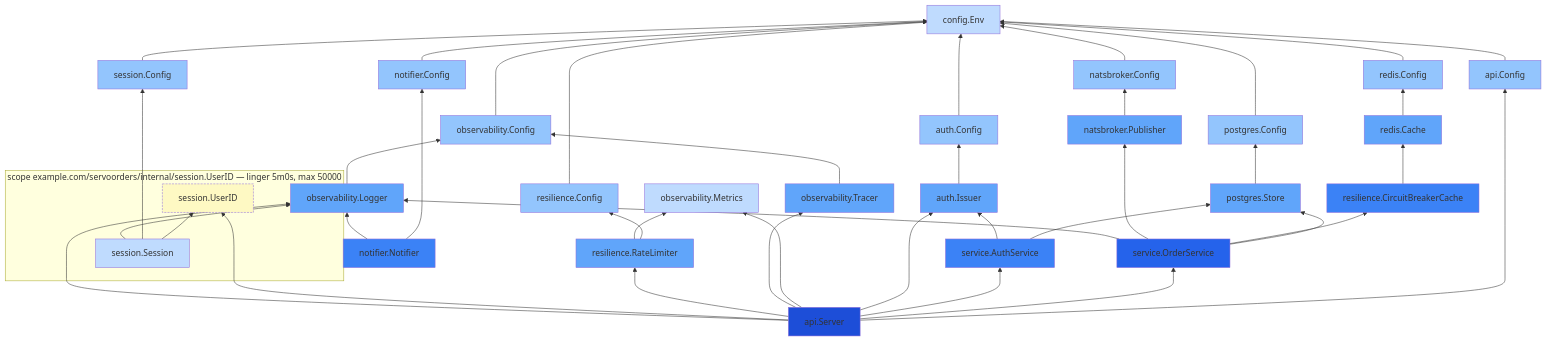
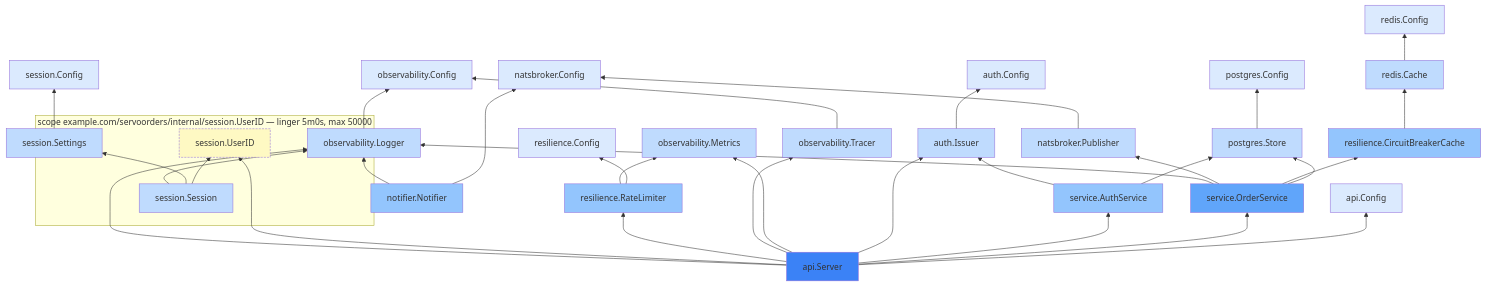
Before and after one commit to okian/servo: the diagram in docs/tutorial/13-wiring-with-servo.md, drawn with Mermaid. The commit also changed other lines of this file and 70 other files, not shown here.

````diff
--- a/docs/tutorial/13-wiring-with-servo.md
+++ b/docs/tutorial/13-wiring-with-servo.md
@@ -347,75 +328,65 @@
 ```mermaid
 graph BT
-  n0["config.Env"]:::level1
-  n1["session.Config"]:::level2
-  n2["observability.Config"]:::level2
-  n3["observability.Logger"]:::level3
-  n4["api.Config"]:::level2
-  n5["postgres.Config"]:::level2
-  n6["postgres.Store"]:::level3
-  n7["redis.Config"]:::level2
-  n8["redis.Cache"]:::level3
-  n9["resilience.CircuitBreakerCache"]:::level4
-  n10["natsbroker.Config"]:::level2
-  n11["natsbroker.Publisher"]:::level3
-  n12["service.OrderService"]:::level5
-  n13["auth.Config"]:::level2
-  n14["auth.Issuer"]:::level3
-  n15["service.AuthService"]:::level4
-  n16["observability.Metrics"]:::level1
-  n17["observability.Tracer"]:::level3
-  n18["resilience.Config"]:::level2
-  n19["resilience.RateLimiter"]:::level3
-  n20["api.Server"]:::level6
-  n21["notifier.Config"]:::level2
-  n22["notifier.Notifier"]:::level4
+  n0["auth.Config"]:::level0
+  n1["natsbroker.Config"]:::level0
+  n2["redis.Config"]:::level0
+  n3["observability.Config"]:::level0
+  n4["postgres.Config"]:::level0
+  n5["resilience.Config"]:::level0
+  n6["session.Config"]:::level0
+  n7["api.Config"]:::level0
+  n8["session.Settings"]:::level1
+  n9["observability.Logger"]:::level1
+  n10["notifier.Notifier"]:::level2
+  n11["postgres.Store"]:::level1
+  n12["redis.Cache"]:::level1
+  n13["resilience.CircuitBreakerCache"]:::level2
+  n14["natsbroker.Publisher"]:::level1
+  n15["service.OrderService"]:::level3
+  n16["auth.Issuer"]:::level1
+  n17["service.AuthService"]:::level2
+  n18["observability.Metrics"]:::level1
+  n19["observability.Tracer"]:::level1
+  n20["resilience.RateLimiter"]:::level2
+  n21["api.Server"]:::level4
   subgraph scope0["scope example.com/servoorders/internal/session.UserID — linger 5m0s, max 50000"]
     k0["session.UserID"]:::scopekey
-    n23["session.Session"]:::level1
+    n22["session.Session"]:::level1
   end
-  n1 --> n0
-  n2 --> n0
-  n3 --> n2
-  n4 --> n0
-  n5 --> n0
-  n6 --> n5
-  n7 --> n0
-  n8 --> n7
-  n9 --> n8
-  n10 --> n0
-  n11 --> n10
-  n12 --> n6
-  n12 --> n9
-  n12 --> n11
-  n12 --> n3
-  n13 --> n0
-  n14 --> n13
-  n15 --> n6
+  n8 --> n6
+  n9 --> n3
+  n10 --> n1
+  n10 --> n9
+  n11 --> n4
+  n12 --> n2
+  n13 --> n12
+  n14 --> n1
+  n15 --> n11
+  n15 --> n13
   n15 --> n14
-  n17 --> n2
-  n18 --> n0
-  n19 --> n18
-  n19 --> n16
-  n20 --> n4
-  n20 --> n12
-  n20 --> n15
-  n20 --> n14
-  n20 --> n16
-  n20 --> n17
-  n20 --> n19
-  n20 --> k0
-  n20 --> n3
-  n21 --> n0
-  n22 --> n21
-  n22 --> n3
-  n23 --> k0
-  n23 --> n1
-  n23 --> n3
+  n15 --> n9
+  n16 --> n0
+  n17 --> n11
+  n17 --> n16
+  n19 --> n3
+  n20 --> n5
+  n20 --> n18
+  n21 --> n7
+  n21 --> n15
+  n21 --> n17
+  n21 --> n16
+  n21 --> n18
+  n21 --> n19
+  n21 --> n20
+  n21 --> k0
+  n21 --> n9
+  n22 --> k0
+  n22 --> n8
+  n22 --> n9
+  classDef level0 fill:#dbeafe;
   classDef level1 fill:#bfdbfe;
   classDef level2 fill:#93c5fd;
   classDef level3 fill:#60a5fa;
   classDef level4 fill:#3b82f6;
-  classDef level5 fill:#2563eb;
-  classDef level6 fill:#1d4ed8;
   classDef scopekey fill:#fef9c3,stroke-dasharray: 4 2;
 ```
````
